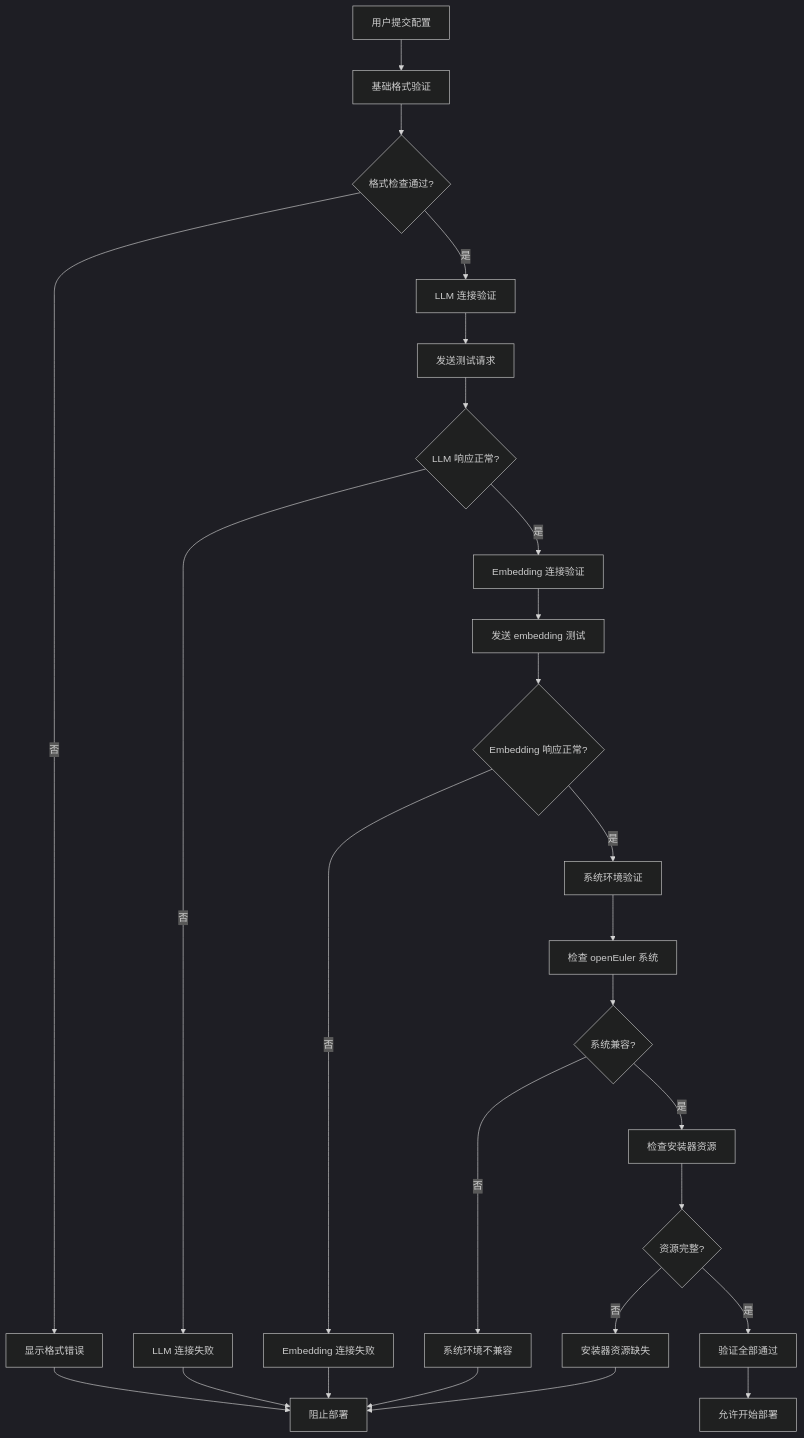
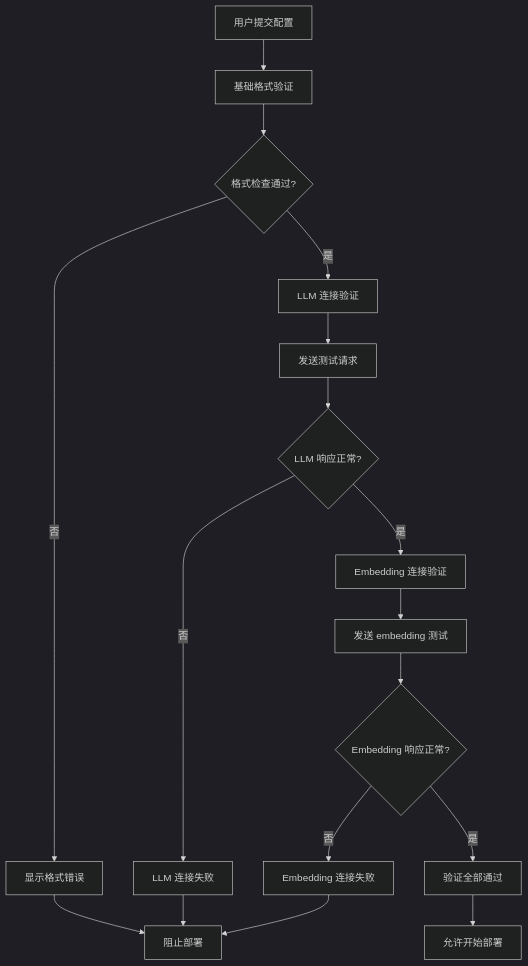
Before and after one commit to HongyuS/euler-copilot-shell: the fourth of 9 diagrams in docs/development/部署助手模块设计.md, drawn with Mermaid (dark theme). The commit also changed other lines of this file and 3 other files, not shown here.

````diff
--- a/docs/development/部署助手模块设计.md
+++ b/docs/development/部署助手模块设计.md
@@ -170,38 +176,26 @@
 ```mermaid
 flowchart TD
     A[用户提交配置] --> B[基础格式验证]
     B --> C{格式检查通过?}
     
     C -->|否| D[显示格式错误]
     C -->|是| E[LLM 连接验证]
     
     E --> F[发送测试请求]
     F --> G{LLM 响应正常?}
     
     G -->|否| H[LLM 连接失败]
     G -->|是| I[Embedding 连接验证]
     
     I --> J[发送 embedding 测试]
     J --> K{Embedding 响应正常?}
     
     K -->|否| L[Embedding 连接失败]
-    K -->|是| M[系统环境验证]
+    K -->|是| M[验证全部通过]
     
-    M --> N[检查 openEuler 系统]
-    N --> O{系统兼容?}
+    D --> N[阻止部署]
+    H --> N
+    L --> N
     
-    O -->|否| P[系统环境不兼容]
-    O -->|是| Q[检查安装器资源]
-    
-    Q --> R{资源完整?}
-    R -->|否| S[安装器资源缺失]
-    R -->|是| T[验证全部通过]
-    
-    D --> U[阻止部署]
-    H --> U
-    L --> U
-    P --> U
-    S --> U
-    
-    T --> V[允许开始部署]
+    M --> O[允许开始部署]
 ```
````
